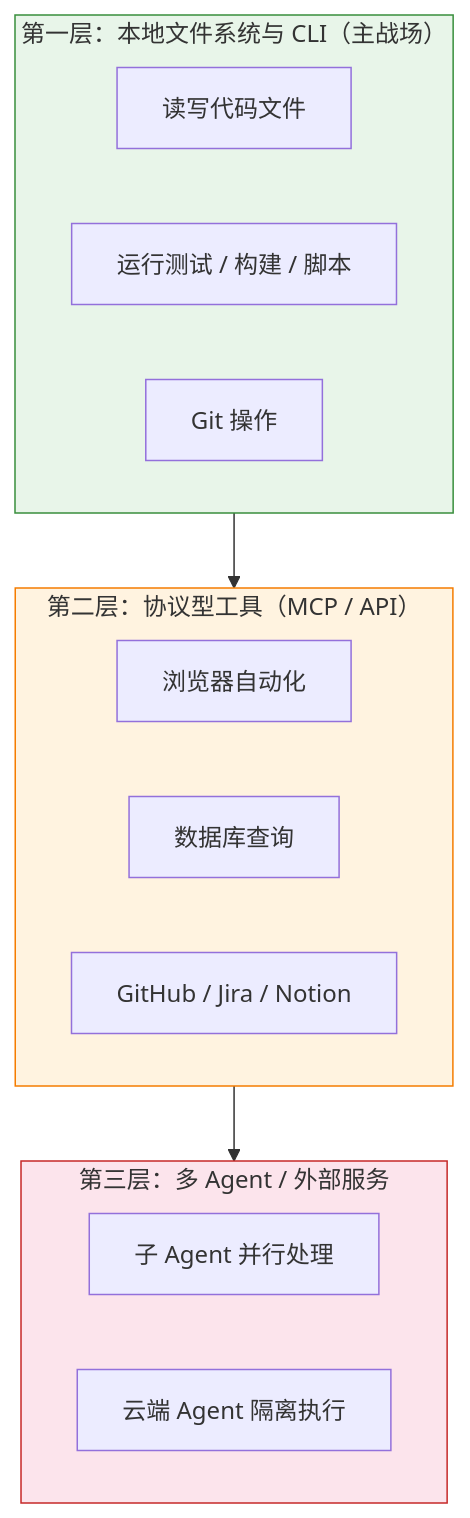
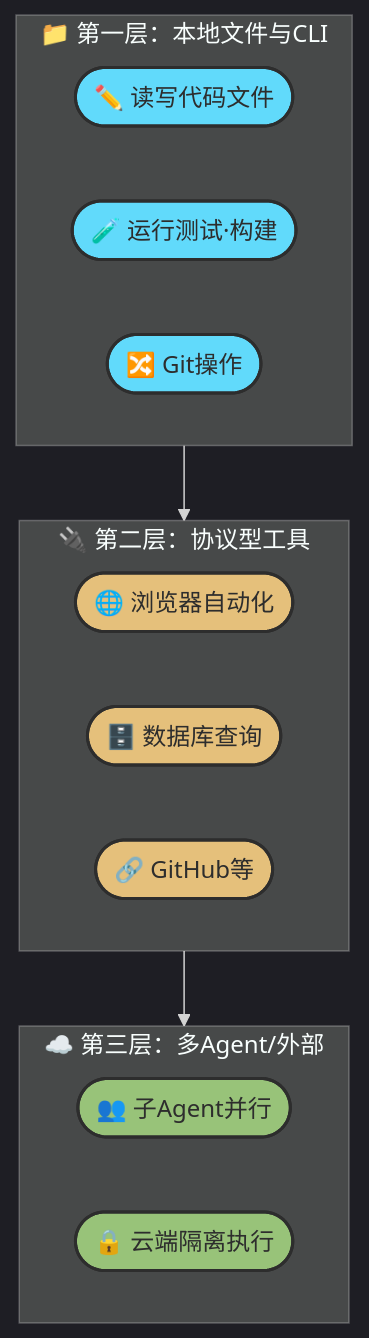
Before and after one commit to zht043/AgenticCodingTutorial: the fifth of 9 diagrams in docs/ch02-concepts/part-2-concepts.md, drawn with Mermaid. The commit also changed other lines of this file and 53 other files, not shown here.

First line of the commit message:
feat: 重构文档结构，新增章节并优化 mermaid 图表

````diff
--- a/docs/ch02-concepts/part-2-concepts.md
+++ b/docs/ch02-concepts/part-2-concepts.md
@@ -331,25 +206,29 @@
 ```mermaid
+---
+config:
+  theme: dark
+---
 flowchart TB
-    subgraph L1["第一层：本地文件系统与 CLI（主战场）"]
-        F1["读写代码文件"]
-        F2["运行测试 / 构建 / 脚本"]
-        F3["Git 操作"]
+    classDef l1 fill:#61dafb,stroke:#2d2d2d,stroke-width:2px,color:#2d2d2d
+    classDef l2 fill:#e5c07b,stroke:#2d2d2d,stroke-width:2px,color:#2d2d2d
+    classDef l3 fill:#98c379,stroke:#2d2d2d,stroke-width:2px,color:#2d2d2d
+
+    subgraph Layer1["📁 第一层：本地文件与CLI"]
+        F1(["✏️ 读写代码文件"]):::l1
+        F2(["🧪 运行测试·构建"]):::l1
+        F3(["🔀 Git操作"]):::l1
     end
 
-    subgraph L2["第二层：协议型工具（MCP / API）"]
-        F4["浏览器自动化"]
-        F5["数据库查询"]
-        F6["GitHub / Jira / Notion"]
+    subgraph Layer2["🔌 第二层：协议型工具"]
+        F4(["🌐 浏览器自动化"]):::l2
+        F5(["🗄️ 数据库查询"]):::l2
+        F6(["🔗 GitHub等"]):::l2
     end
 
-    subgraph L3["第三层：多 Agent / 外部服务"]
-        F7["子 Agent 并行处理"]
-        F8["云端 Agent 隔离执行"]
+    subgraph Layer3["☁️ 第三层：多Agent/外部"]
+        F7(["👥 子Agent并行"]):::l3
+        F8(["🔒 云端隔离执行"]):::l3
     end
 
-    L1 --> L2 --> L3
-
-    style L1 fill:#e8f5e9,stroke:#388e3c
-    style L2 fill:#fff3e0,stroke:#f57c00
-    style L3 fill:#fce4ec,stroke:#c62828
+    Layer1 --> Layer2 --> Layer3
 ```
````
